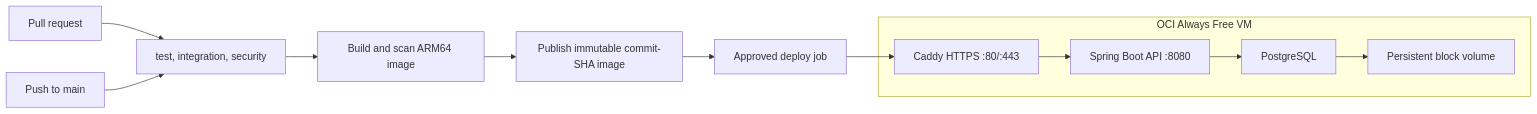
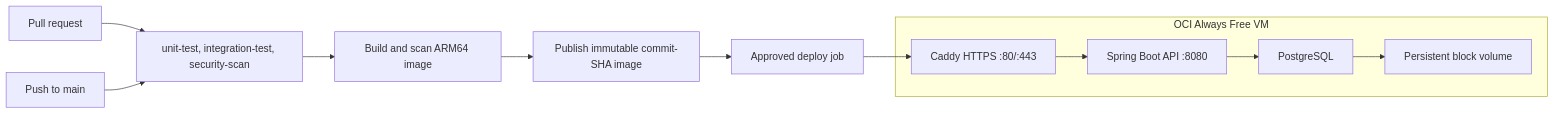
Before and after one commit to kyledelfin2006/libro-library-system: the diagram in docs/devops/ci-cd.md, drawn with Mermaid. The commit also changed other lines of this file and 14 other files, not shown here.

````diff
--- a/docs/devops/ci-cd.md
+++ b/docs/devops/ci-cd.md
@@ -19,14 +19,14 @@
 ```mermaid
 flowchart LR
-    PR[Pull request] --> CI[test, integration, security]
+    PR[Pull request] --> CI[unit-test, integration-test, security-scan]
     Main[Push to main] --> CI
     CI --> Image[Build and scan ARM64 image]
     Image --> Registry[Publish immutable commit-SHA image]
     Registry --> Deploy[Approved deploy job]
     subgraph OCI[OCI Always Free VM]
         Caddy[Caddy HTTPS :80/:443] --> API[Spring Boot API :8080]
         API --> DB[PostgreSQL]
         DB --> Volume[Persistent block volume]
     end
     Deploy --> Caddy
 ```
````
